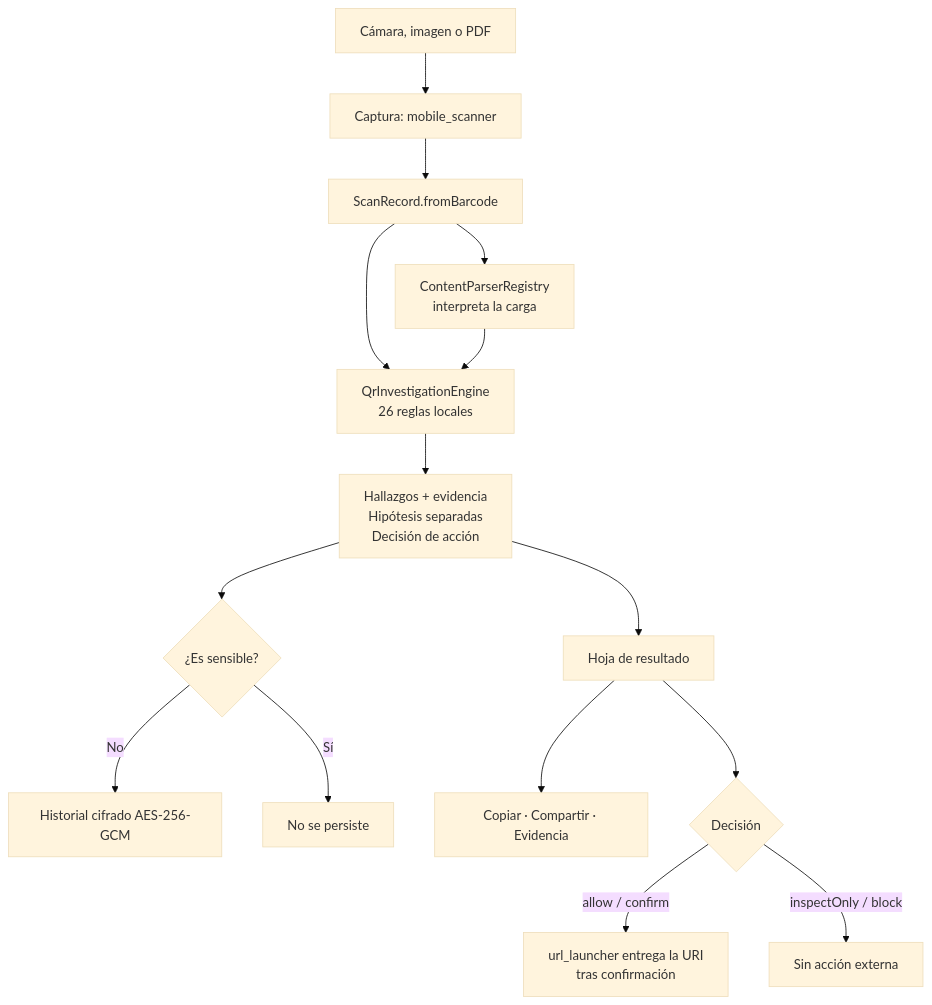
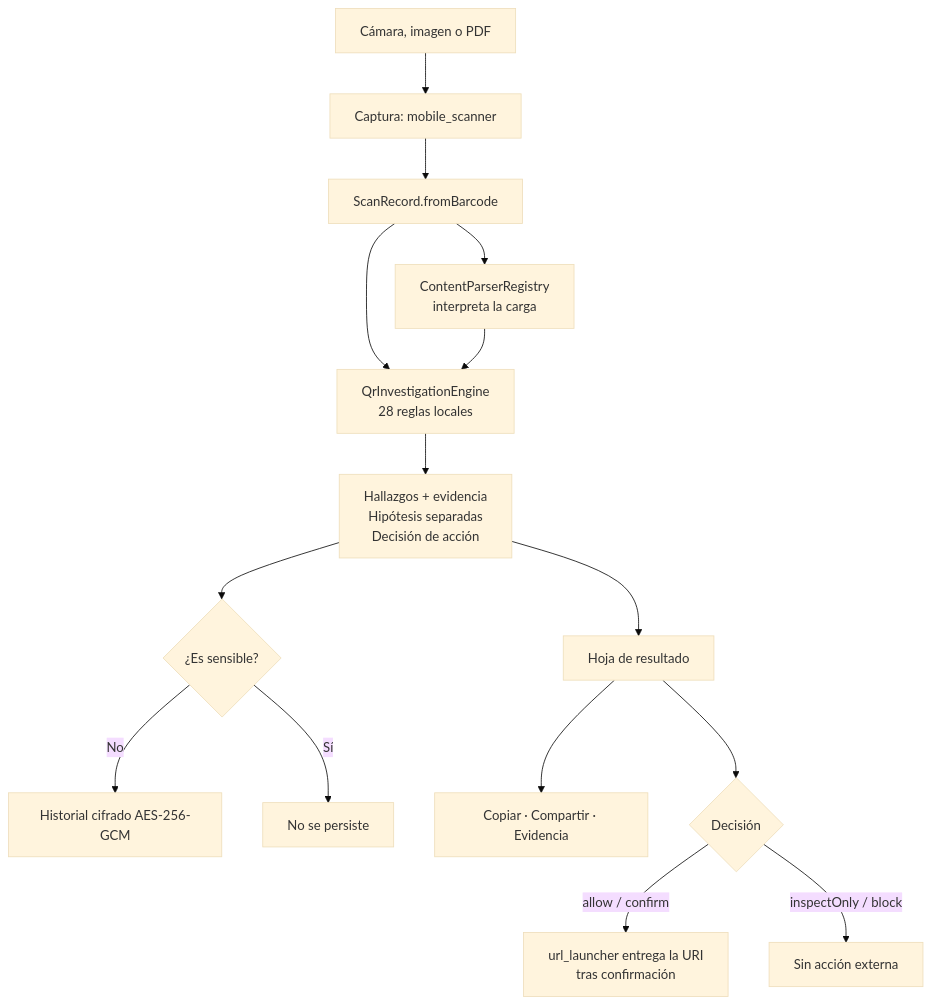
One commit to vladimiracunadev-create/rootcause-qr-inspector changed the diagram in docs/system-documentation/01-system-overview.md. Above: the diagram before and after it, drawn with Mermaid (base theme). The commit also changed other lines of this file and 70 other files, not shown here.

````diff
--- a/docs/system-documentation/01-system-overview.md
+++ b/docs/system-documentation/01-system-overview.md
@@ -86,17 +86,17 @@
 ```mermaid
 flowchart TD
     A["Cámara, imagen o PDF"] --> B["Captura: mobile_scanner"]
     B --> C["ScanRecord.fromBarcode"]
     C --> D["ContentParserRegistry<br/>interpreta la carga"]
-    C --> E["QrInvestigationEngine<br/>26 reglas locales"]
+    C --> E["QrInvestigationEngine<br/>28 reglas locales"]
     D --> E
     E --> F["Hallazgos + evidencia<br/>Hipótesis separadas<br/>Decisión de acción"]
     F --> G["Hoja de resultado"]
     F --> H{"¿Es sensible?"}
     H -->|No| I["Historial cifrado AES-256-GCM"]
     H -->|Sí| J["No se persiste"]
     G --> K["Copiar · Compartir · Evidencia"]
     G --> L{"Decisión"}
     L -->|allow / confirm| M["url_launcher entrega la URI<br/>tras confirmación"]
     L -->|inspectOnly / block| N["Sin acción externa"]
 ```
````
